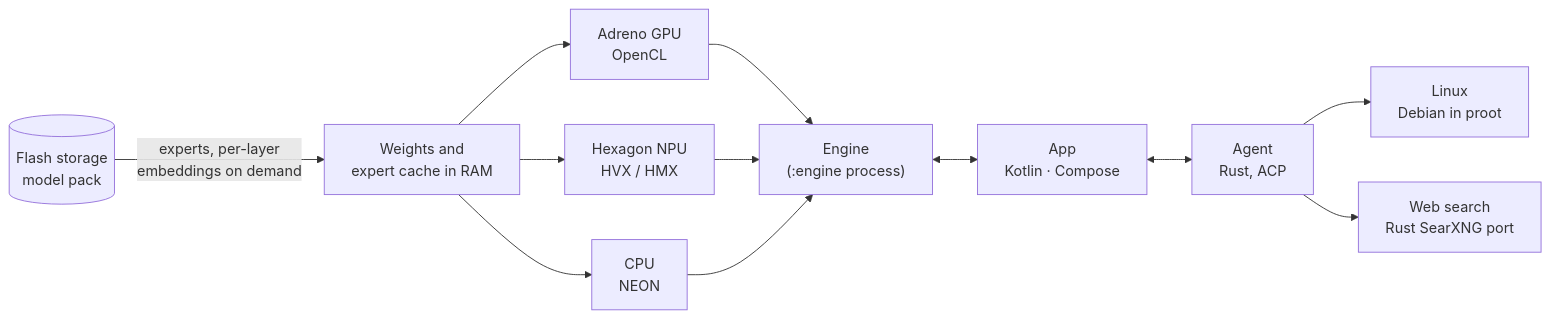
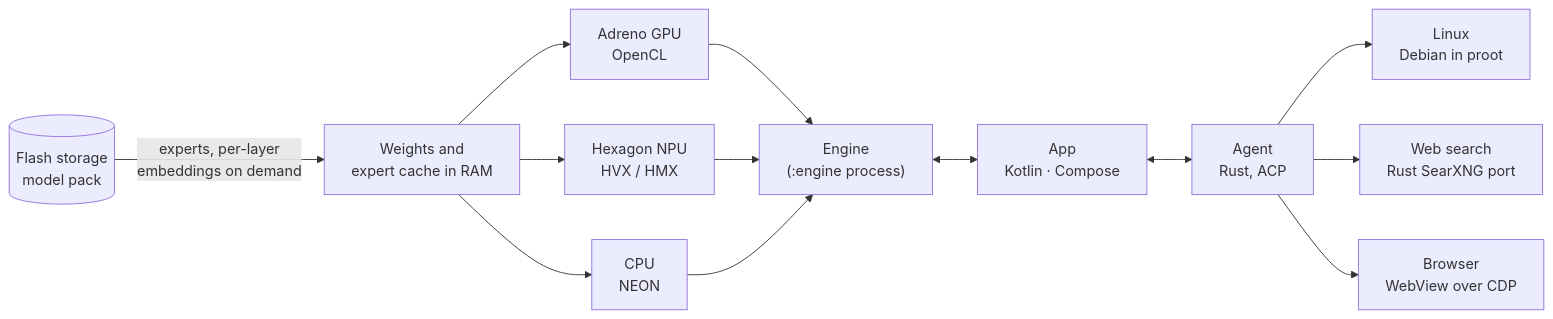
One commit to sergqwer/geode changed the diagram in README.md. Above: the diagram before and after it, drawn with Mermaid. The commit also changed other lines of this file and 57 other files, not shown here.

````diff
--- a/README.md
+++ b/README.md
@@ -91,12 +99,13 @@
 ```mermaid
 flowchart LR
     F[("Flash storage<br>model pack")] -- "experts, per-layer<br>embeddings on demand" --> C["Weights and<br>expert cache in RAM"]
     C --> G["Adreno GPU<br>OpenCL"]
     C --> N["Hexagon NPU<br>HVX / HMX"]
     C --> P["CPU<br>NEON"]
     G & N & P --> E["Engine<br>(:engine process)"]
     E <--> A["App<br>Kotlin · Compose"]
     A <--> T["Agent<br>Rust, ACP"]
     T --> L["Linux<br>Debian in proot"]
     T --> S["Web search<br>Rust SearXNG port"]
+    T --> B["Browser<br>WebView over CDP"]
 ```
````
